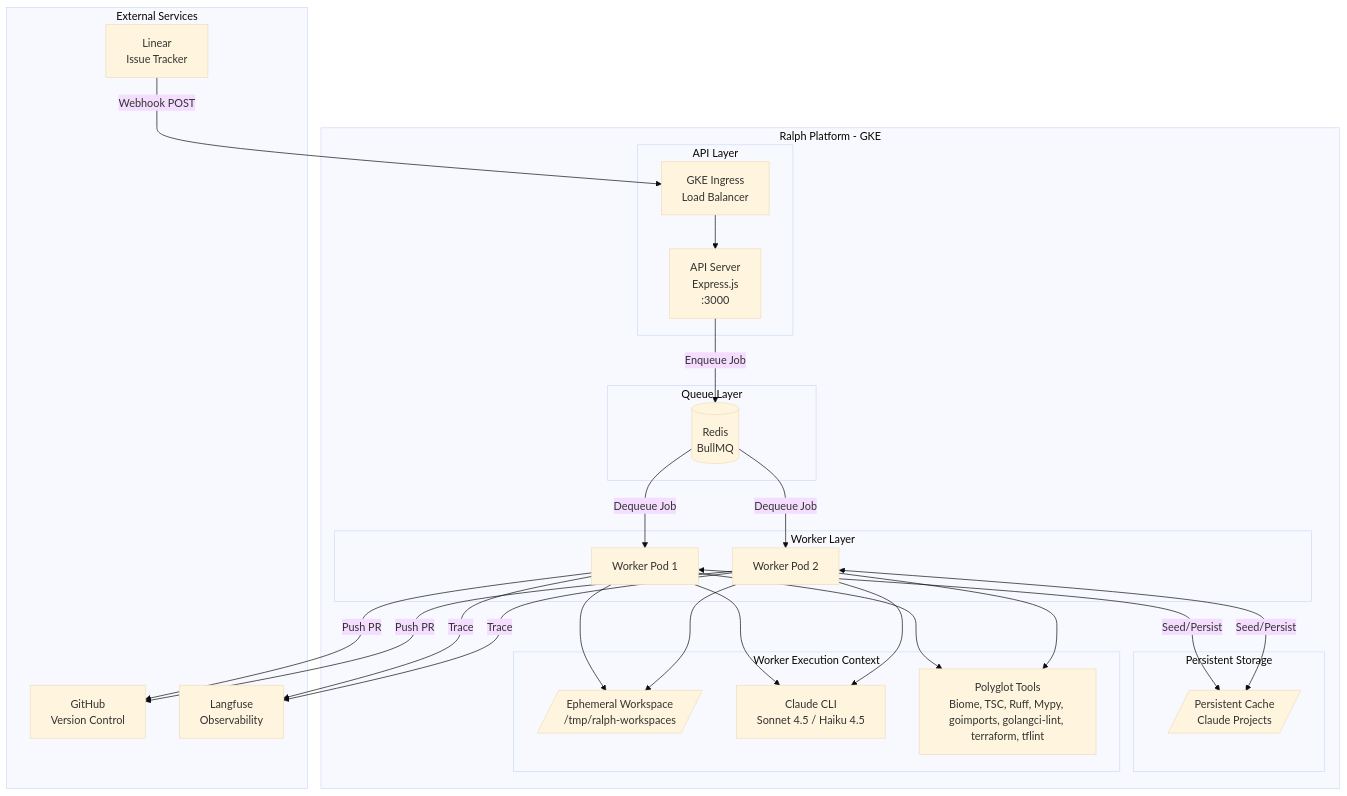
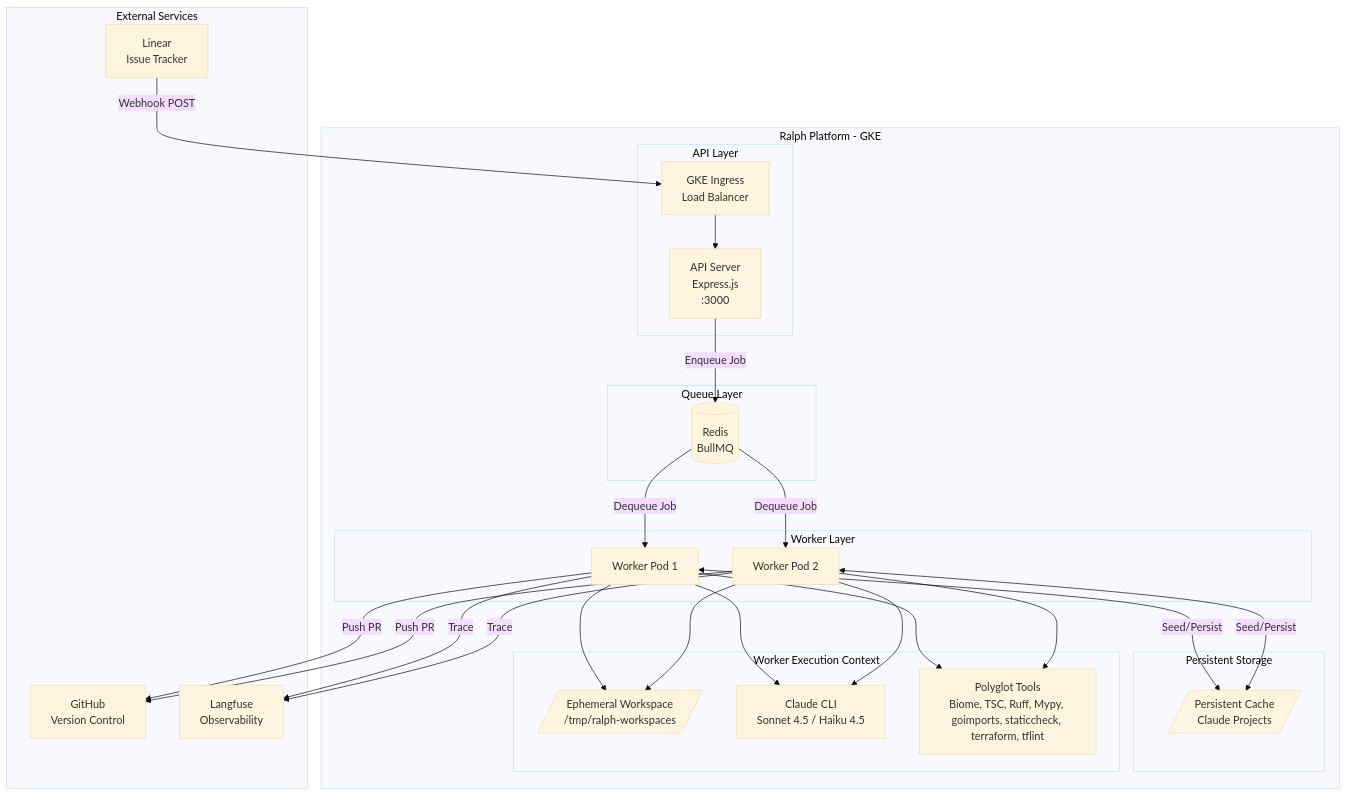
One commit to Replikanti/ralph-platform changed the first of 7 diagrams in ARCHITECTURE.md. Above: the diagram before and after it, drawn with Mermaid (base theme). The commit also changed 1 other file, not shown here.

Commit message:
docs: fix remaining golangci-lint reference in ARCHITECTURE.md diagram
- Update mermaid diagram to show staticcheck instead of golangci-lint
- Add note to IMPROVEMENT_PLAN.md about golangci-lint → staticcheck change

All main documentation now consistently references staticcheck (MIT).

````diff
--- a/ARCHITECTURE.md
+++ b/ARCHITECTURE.md
@@ -16,52 +16,52 @@
 ```mermaid
 graph TB
     subgraph "External Services"
         Linear[Linear<br/>Issue Tracker]
         GitHub[GitHub<br/>Version Control]
         Langfuse[Langfuse<br/>Observability]
     end
 
     subgraph "Ralph Platform - GKE"
         subgraph "API Layer"
             API[API Server<br/>Express.js<br/>:3000]
             Ingress[GKE Ingress<br/>Load Balancer]
         end
 
         subgraph "Queue Layer"
             Redis[(Redis<br/>BullMQ)]
         end
 
         subgraph "Worker Layer"
             Worker1[Worker Pod 1]
             Worker2[Worker Pod 2]
         end
 
         subgraph "Persistent Storage"
             Cache[/Persistent Cache<br/>Claude Projects/]
         end
 
         subgraph "Worker Execution Context"
             Workspace[/Ephemeral Workspace<br/>/tmp/ralph-workspaces/]
             ClaudeCLI[Claude CLI<br/>Sonnet 4.5 / Haiku 4.5]
-            Tools[Polyglot Tools<br/>Biome, TSC, Ruff, Mypy, goimports, golangci-lint, terraform, tflint]
+            Tools[Polyglot Tools<br/>Biome, TSC, Ruff, Mypy, goimports, staticcheck, terraform, tflint]
         end
     end
 
     Linear -->|Webhook POST| Ingress
     Ingress --> API
     API -->|Enqueue Job| Redis
     Redis -->|Dequeue Job| Worker1
     Redis -->|Dequeue Job| Worker2
     Worker1 --> Workspace
     Worker1 --> ClaudeCLI
     Worker1 --> Tools
     Worker1 <-->|Seed/Persist| Cache
     Worker1 -->|Push PR| GitHub
     Worker1 -->|Trace| Langfuse
     Worker2 --> Workspace
     Worker2 --> ClaudeCLI
     Worker2 --> Tools
     Worker2 <-->|Seed/Persist| Cache
     Worker2 -->|Push PR| GitHub
     Worker2 -->|Trace| Langfuse
 ```
````
